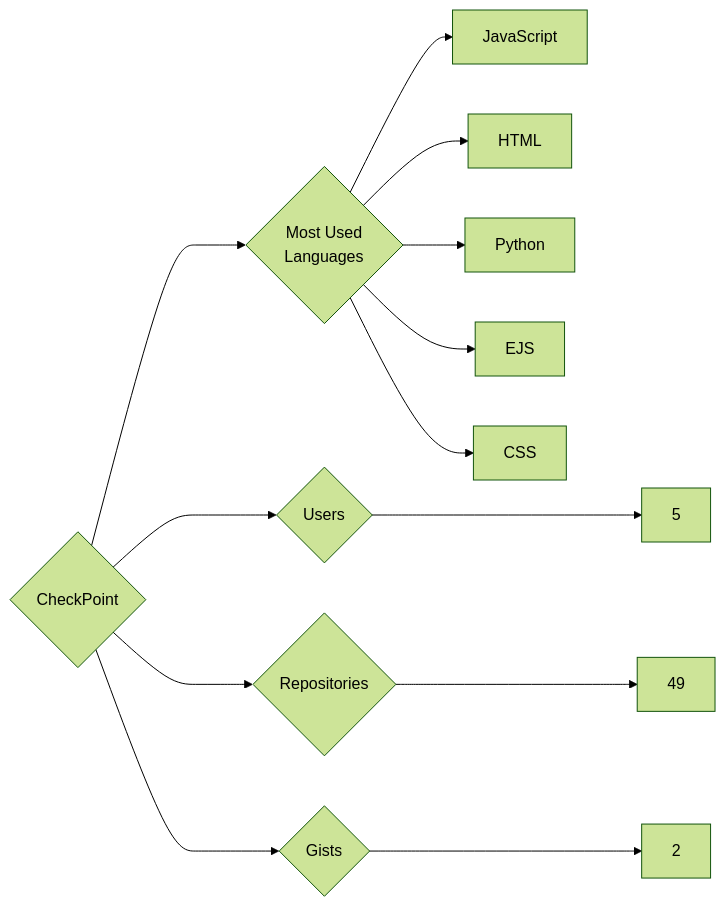
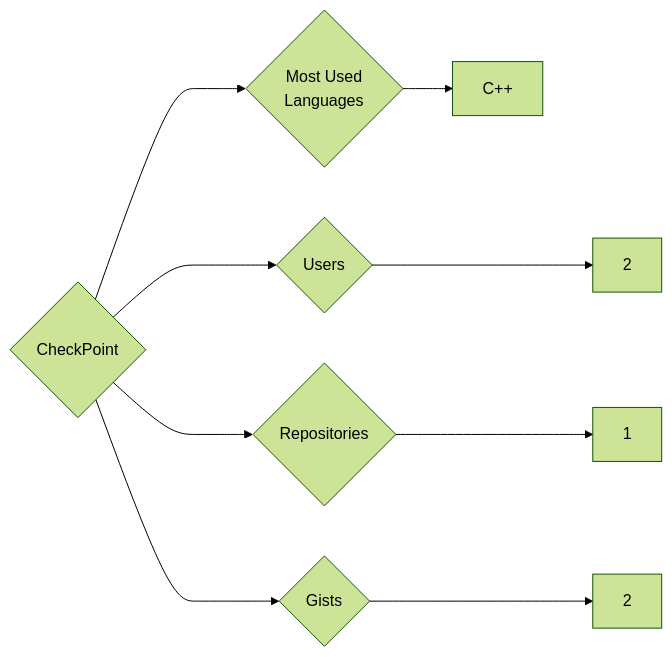
One commit to trickest/insiders changed the diagram in targets/CheckPoint/README.md. Above: the diagram before and after it, drawn with Mermaid (forest theme). The commit also changed 775 other files, not shown here.

````diff
--- a/targets/CheckPoint/README.md
+++ b/targets/CheckPoint/README.md
@@ -3,13 +3,9 @@
 ```mermaid
 graph LR
 COMPANY_NAME{CheckPoint}
-COMPANY_NAME ---> U{Users} ---> UN[5]
-COMPANY_NAME ---> R{Repositories} ---> RN[49]
+COMPANY_NAME ---> U{Users} ---> UN[2]
+COMPANY_NAME ---> R{Repositories} ---> RN[1]
 COMPANY_NAME ---> G{Gists} ---> GN[2]
 COMPANY_NAME ---> ML{Most Used<br>Languages}
-ML --> JavaScript[JavaScript]
-ML --> HTML[HTML]
-ML --> Python[Python]
-ML --> EJS[EJS]
-ML --> CSS[CSS]
+ML --> C++[C++]
 ```
````
